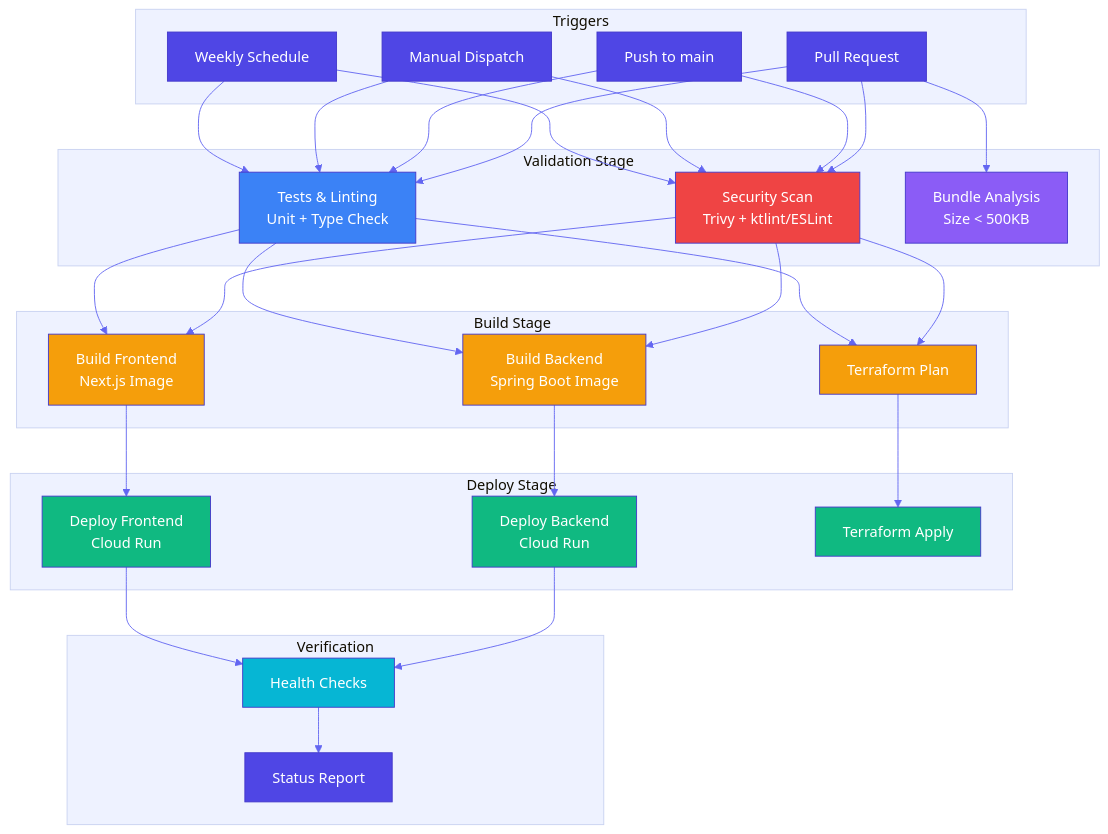
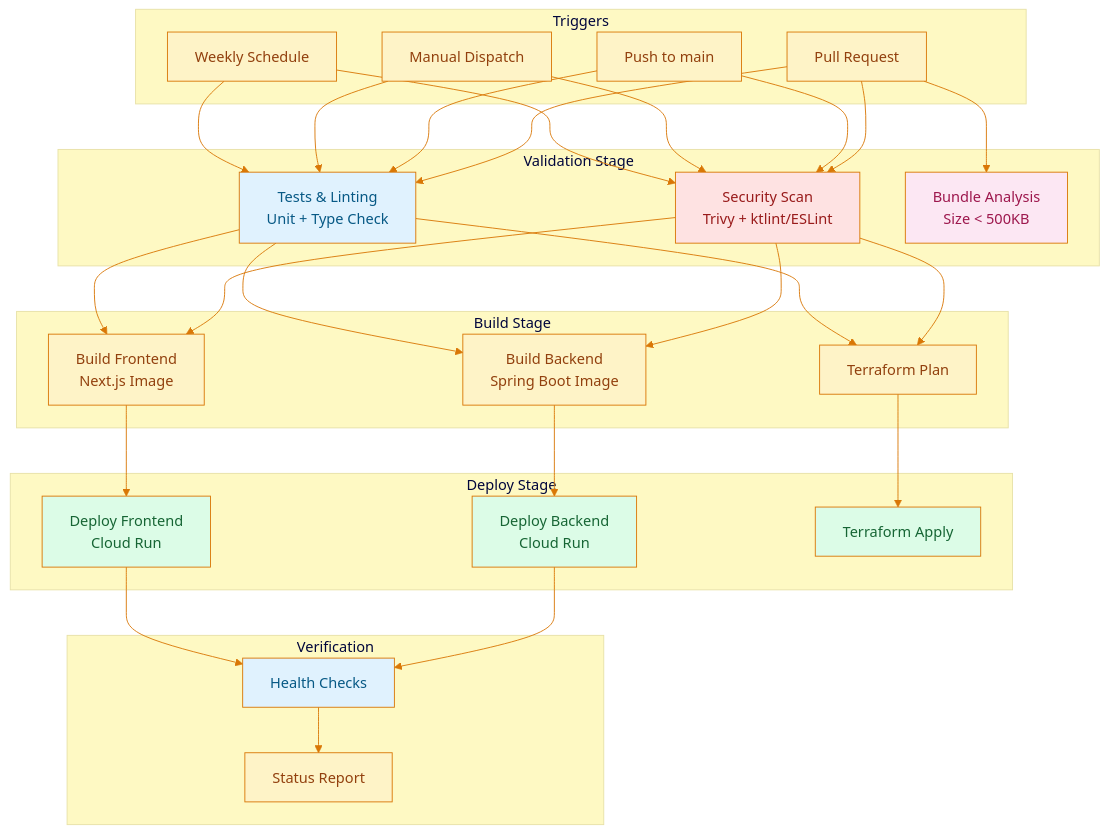
The first of 2 diagrams in docs/ci-cd-pipeline.md (deznode/nosilha), drawn with Mermaid before and after one commit. The commit also changed other lines of this file and 8 other files, not shown here.

````diff
--- a/docs/ci-cd-pipeline.md
+++ b/docs/ci-cd-pipeline.md
@@ -7,59 +7,59 @@
 ```mermaid
-%%{init: {'theme': 'base', 'themeVariables': { 'primaryColor': '#4F46E5', 'primaryTextColor': '#fff', 'primaryBorderColor': '#4338CA', 'lineColor': '#6366F1', 'secondaryColor': '#E0E7FF', 'tertiaryColor': '#EEF2FF'}}}%%
+%%{init: {'theme': 'base', 'themeVariables': { 'primaryColor': '#fef3c7', 'primaryTextColor': '#92400e', 'primaryBorderColor': '#d97706', 'lineColor': '#d97706', 'secondaryColor': '#ffedd5', 'tertiaryColor': '#fef9c3'}}}%%
 flowchart TB
     subgraph trigger["Triggers"]
         PR["Pull Request"]
         PUSH["Push to main"]
         MANUAL["Manual Dispatch"]
         SCHEDULE["Weekly Schedule"]
     end
 
     subgraph validation["Validation Stage"]
         SEC["Security Scan<br/>Trivy + ktlint/ESLint"]
         TEST["Tests & Linting<br/>Unit + Type Check"]
         BUNDLE["Bundle Analysis<br/>Size < 500KB"]
     end
 
     subgraph build["Build Stage"]
         BUILD_BE["Build Backend<br/>Spring Boot Image"]
         BUILD_FE["Build Frontend<br/>Next.js Image"]
         BUILD_TF["Terraform Plan"]
     end
 
     subgraph deploy["Deploy Stage"]
         DEPLOY_BE["Deploy Backend<br/>Cloud Run"]
         DEPLOY_FE["Deploy Frontend<br/>Cloud Run"]
         DEPLOY_TF["Terraform Apply"]
     end
 
     subgraph verify["Verification"]
         HEALTH["Health Checks"]
         REPORT["Status Report"]
     end
 
     PR --> SEC & TEST & BUNDLE
     PUSH --> SEC & TEST
     MANUAL --> SEC & TEST
     SCHEDULE --> SEC & TEST
 
     SEC --> BUILD_BE & BUILD_FE & BUILD_TF
     TEST --> BUILD_BE & BUILD_FE & BUILD_TF
 
     BUILD_BE --> DEPLOY_BE
     BUILD_FE --> DEPLOY_FE
     BUILD_TF --> DEPLOY_TF
 
     DEPLOY_BE & DEPLOY_FE --> HEALTH
     HEALTH --> REPORT
 
-    style SEC fill:#EF4444,color:#fff
-    style TEST fill:#3B82F6,color:#fff
-    style BUNDLE fill:#8B5CF6,color:#fff
-    style BUILD_BE fill:#F59E0B,color:#fff
-    style BUILD_FE fill:#F59E0B,color:#fff
-    style BUILD_TF fill:#F59E0B,color:#fff
-    style DEPLOY_BE fill:#10B981,color:#fff
-    style DEPLOY_FE fill:#10B981,color:#fff
-    style DEPLOY_TF fill:#10B981,color:#fff
-    style HEALTH fill:#06B6D4,color:#fff
+    style SEC fill:#fee2e2,color:#991b1b
+    style TEST fill:#e0f2fe,color:#075985
+    style BUNDLE fill:#fce7f3,color:#9d174d
+    style BUILD_BE fill:#fef3c7,color:#92400e
+    style BUILD_FE fill:#fef3c7,color:#92400e
+    style BUILD_TF fill:#fef3c7,color:#92400e
+    style DEPLOY_BE fill:#dcfce7,color:#166534
+    style DEPLOY_FE fill:#dcfce7,color:#166534
+    style DEPLOY_TF fill:#dcfce7,color:#166534
+    style HEALTH fill:#e0f2fe,color:#075985
 ```
````
